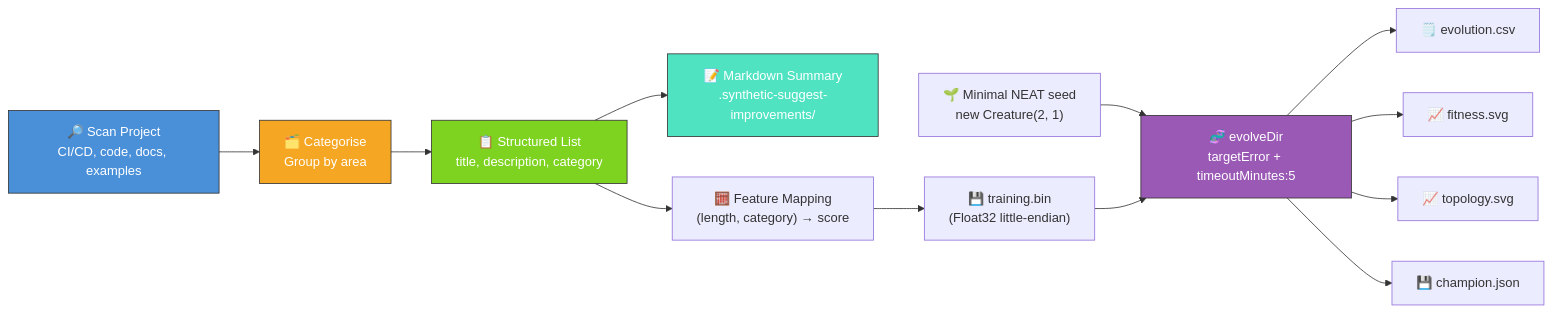
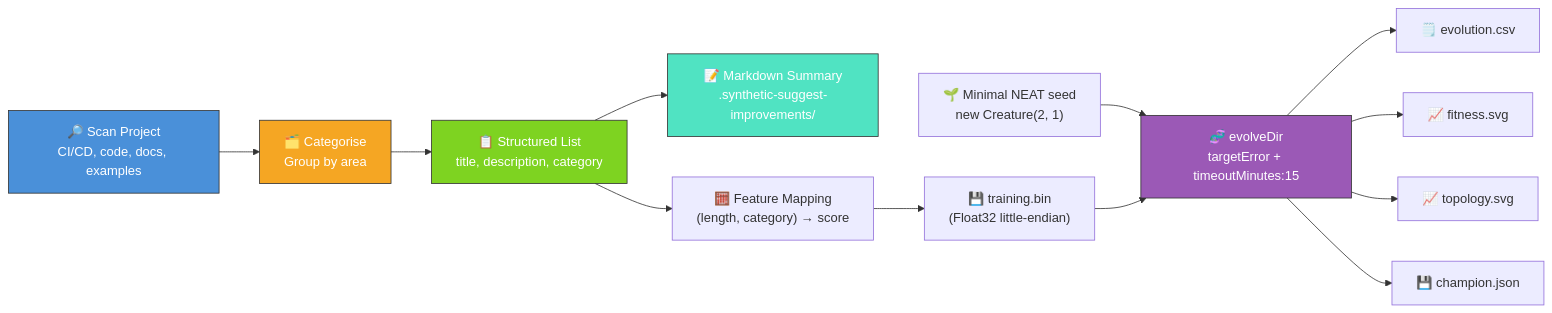
The diagram in suggest_improvements/README.md (stSoftwareAU/NEAT-AI-Examples), drawn with Mermaid before and after one commit. The commit also changed other lines of this file and 7 other files, not shown here.

````diff
--- a/suggest_improvements/README.md
+++ b/suggest_improvements/README.md
@@ -52,33 +54,33 @@
 ```mermaid
 flowchart LR
     SCAN["🔎 Scan Project<br/>CI/CD, code, docs, examples"]
     CAT["🗂️ Categorise<br/>Group by area"]
     LIST["📋 Structured List<br/>title, description, category"]
     OUT["📝 Markdown Summary<br/>.synthetic-suggest-improvements/"]
     FEAT["🧮 Feature Mapping<br/>(length, category) → score"]
     BIN["💾 training.bin<br/>(Float32 little-endian)"]
     SEED["🌱 Minimal NEAT seed<br/>new Creature(2, 1)"]
-    EVOLVE["🧬 evolveDir<br/>targetError + timeoutMinutes:5"]
+    EVOLVE["🧬 evolveDir<br/>targetError + timeoutMinutes:15"]
     CSV["🗒️ evolution.csv"]
     FITSVG["📈 fitness.svg"]
     TOPOSVG["📈 topology.svg"]
     CHAMP["💾 champion.json"]
 
     SCAN --> CAT
     CAT --> LIST
     LIST --> OUT
     LIST --> FEAT
     FEAT --> BIN
     SEED --> EVOLVE
     BIN --> EVOLVE
     EVOLVE --> CSV
     EVOLVE --> FITSVG
     EVOLVE --> TOPOSVG
     EVOLVE --> CHAMP
 
     style SCAN fill:#4a90d9,stroke:#333,color:#fff
     style CAT fill:#f5a623,stroke:#333,color:#fff
     style LIST fill:#7ed321,stroke:#333,color:#fff
     style OUT fill:#50e3c2,stroke:#333,color:#fff
     style EVOLVE fill:#9b59b6,stroke:#333,color:#fff
 ```
````
